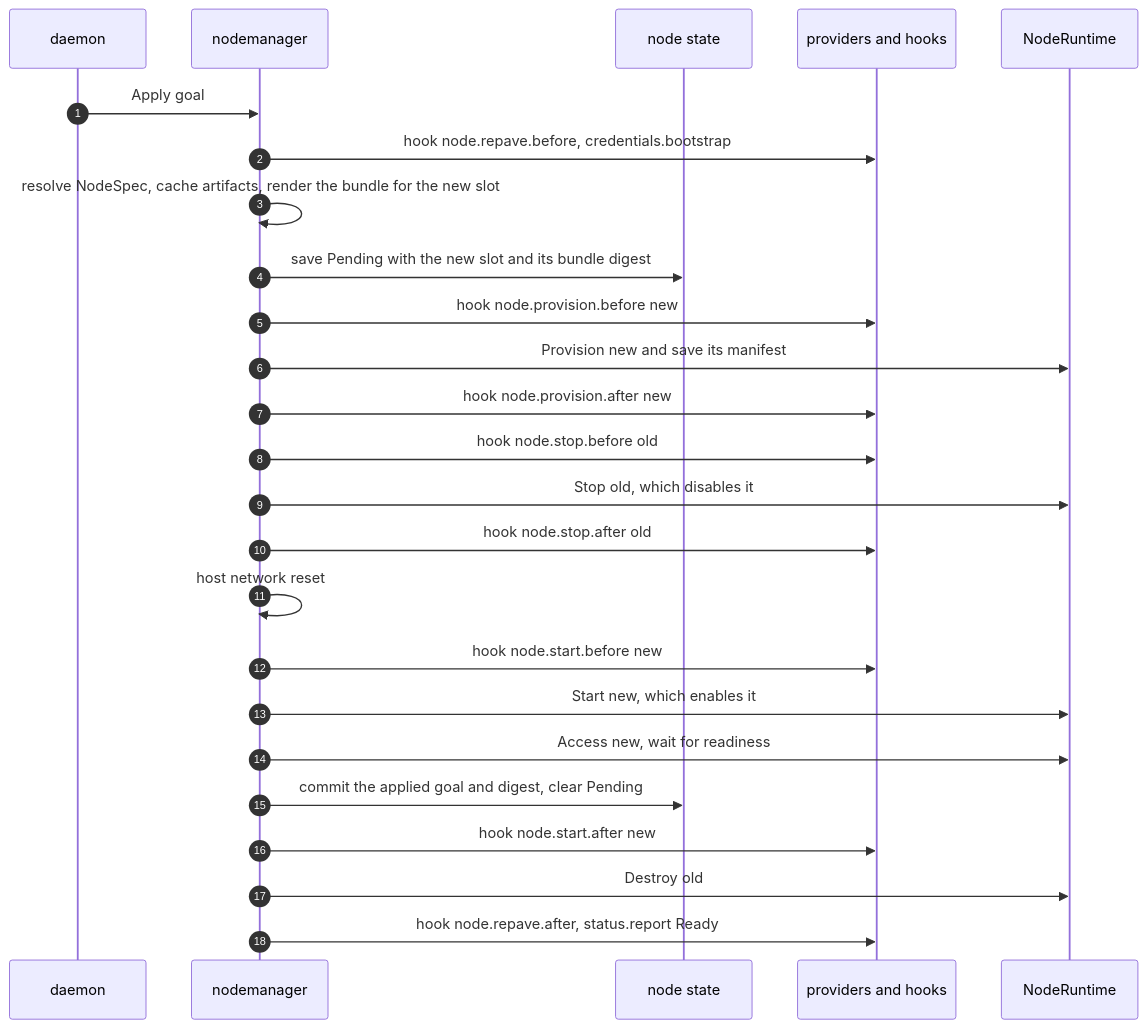
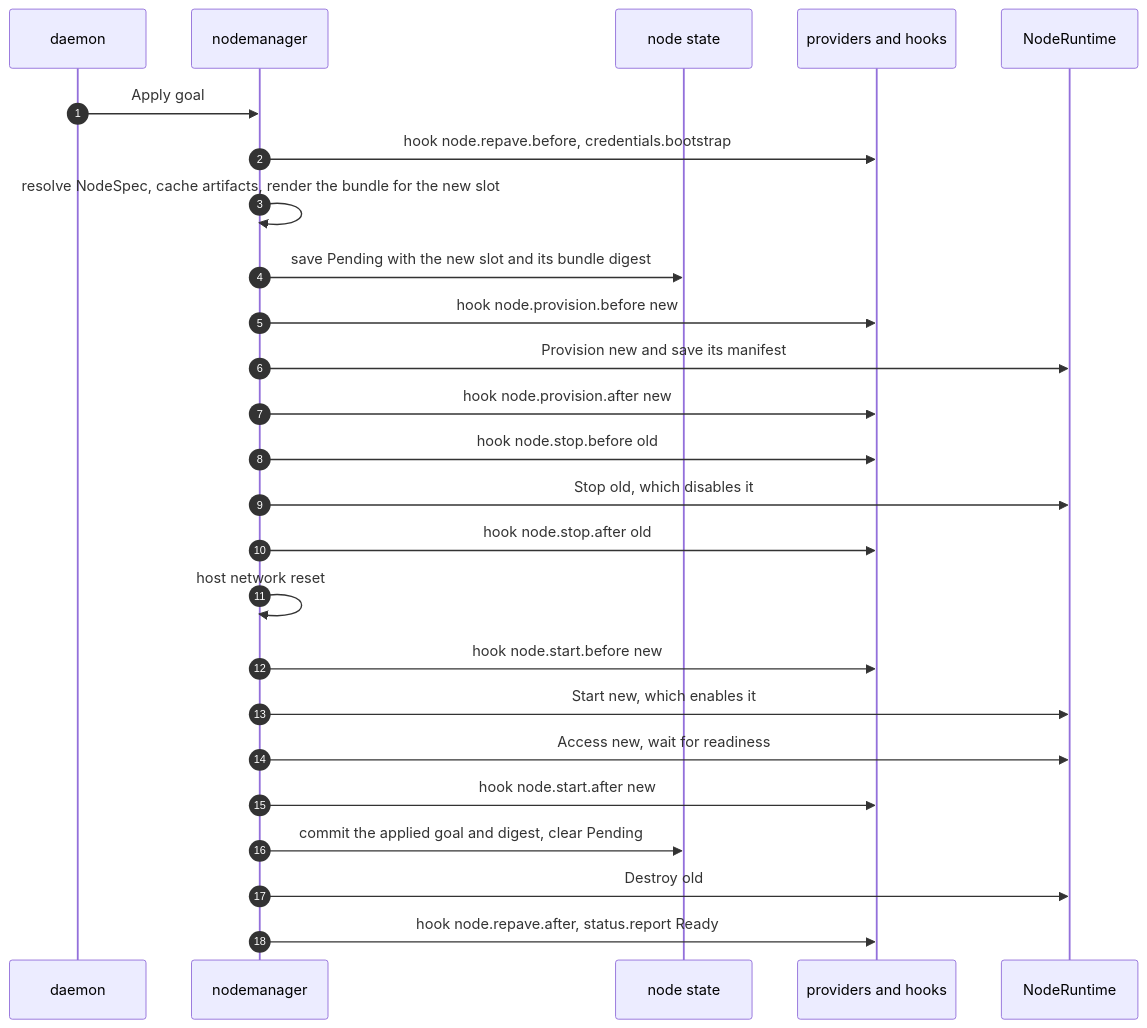
The sixth of 9 diagrams in designs/agent-v2.md (Azure/unbounded), drawn with Mermaid before and after one commit. The commit also changed other lines of this file, not shown here.

First line of the commit message:
designs: fix agent v2 lifecycle hook semantics from review

````diff
--- a/designs/agent-v2.md
+++ b/designs/agent-v2.md
@@ -1258,27 +1278,27 @@
 ```mermaid
 sequenceDiagram
   autonumber
   participant D as daemon
   participant NM as nodemanager
   participant St as node state
   participant Px as providers and hooks
   participant RT as NodeRuntime
   D->>NM: Apply goal
   NM->>Px: hook node.repave.before, credentials.bootstrap
   NM->>NM: resolve NodeSpec, cache artifacts, render the bundle for the new slot
   NM->>St: save Pending with the new slot and its bundle digest
   NM->>Px: hook node.provision.before new
   NM->>RT: Provision new and save its manifest
   NM->>Px: hook node.provision.after new
   NM->>Px: hook node.stop.before old
   NM->>RT: Stop old, which disables it
   NM->>Px: hook node.stop.after old
   NM->>NM: host network reset
   NM->>Px: hook node.start.before new
   NM->>RT: Start new, which enables it
   NM->>RT: Access new, wait for readiness
+  NM->>Px: hook node.start.after new
   NM->>St: commit the applied goal and digest, clear Pending
-  NM->>Px: hook node.start.after new
   NM->>RT: Destroy old
   NM->>Px: hook node.repave.after, status.report Ready
 ```
````
